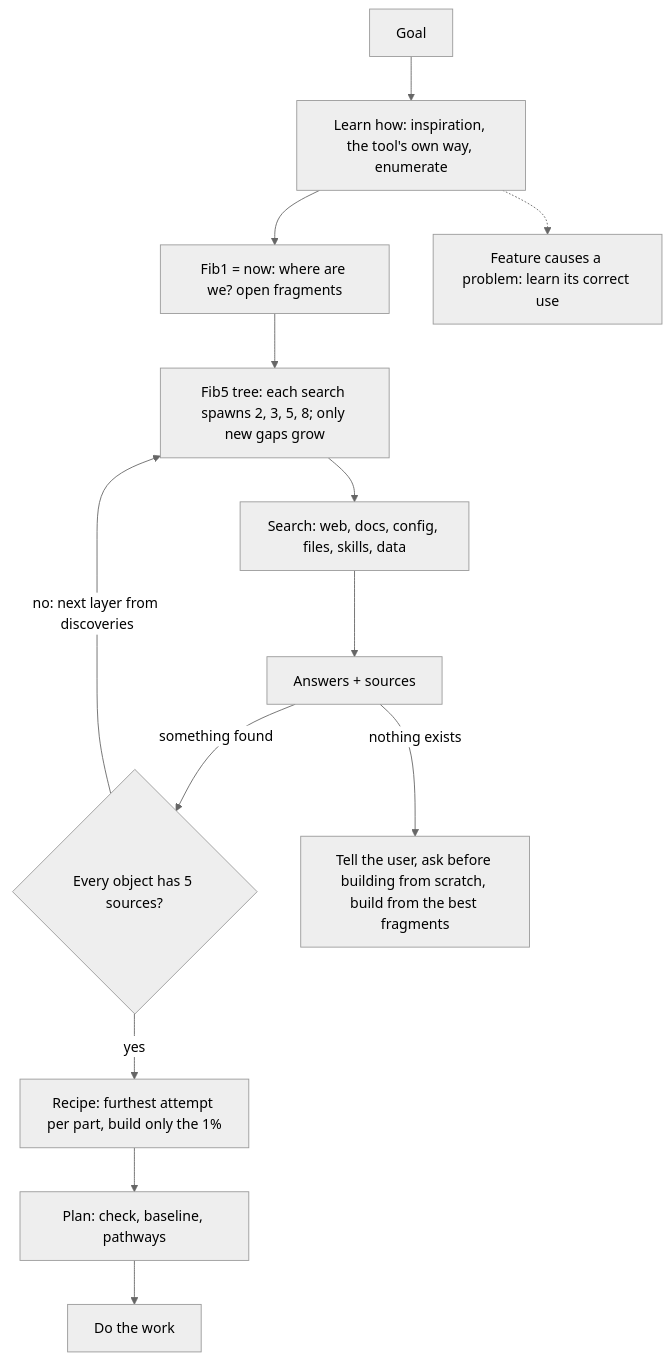
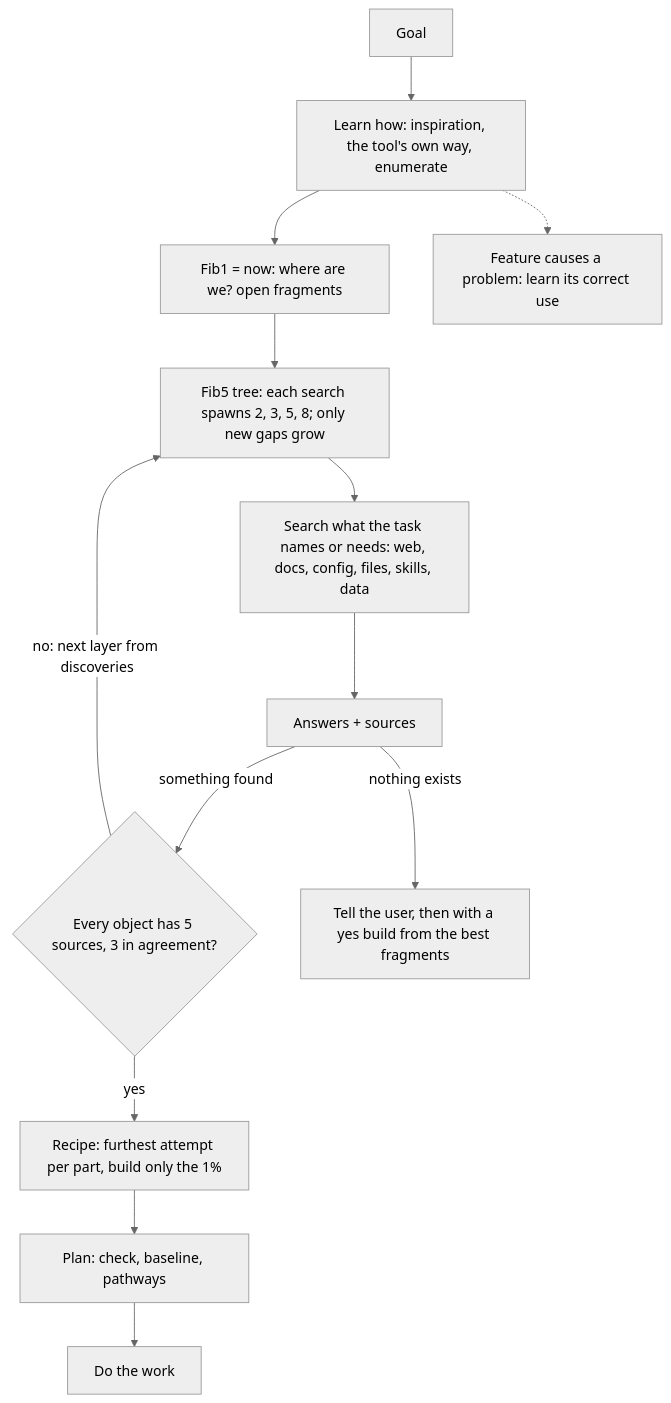
Before and after one commit to SolenixAI/arbiter: the fourth of 14 diagrams in AGENTS.md, drawn with Mermaid (neutral theme). The commit also changed other lines of this file, not shown here.

First line of the commit message:
fix(agents): ask before private data, installs and one-way doors (#2)

````diff
--- a/AGENTS.md
+++ b/AGENTS.md
@@ -154,9 +154,9 @@
 ```mermaid
 flowchart TD
-  G[Goal] --> L[Learn how: inspiration, the tool's own way, enumerate] --> F1["Fib1 = now: where are we? open fragments"] --> Q["Fib5 tree: each search spawns 2, 3, 5, 8; only new gaps grow"] --> S[Search: web, docs, config, files, skills, data]
-  S --> A[Answers + sources] -->|something found| N{Every object has 5 sources?}
+  G[Goal] --> L[Learn how: inspiration, the tool's own way, enumerate] --> F1["Fib1 = now: where are we? open fragments"] --> Q["Fib5 tree: each search spawns 2, 3, 5, 8; only new gaps grow"] --> S[Search what the task names or needs: web, docs, config, files, skills, data]
+  S --> A[Answers + sources] -->|something found| N{Every object has 5 sources, 3 in agreement?}
   N -->|no: next layer from discoveries| Q
   N -->|yes| R[Recipe: furthest attempt per part, build only the 1%] --> P[Plan: check, baseline, pathways] --> B[Do the work]
-  A -->|nothing exists| U[Tell the user, ask before building from scratch, build from the best fragments]
+  A -->|nothing exists| U[Tell the user, then with a yes build from the best fragments]
   L -.-> NB[Feature causes a problem: learn its correct use]
 ```
````
